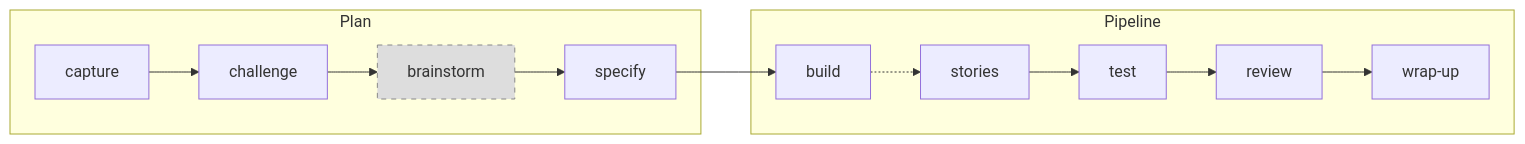
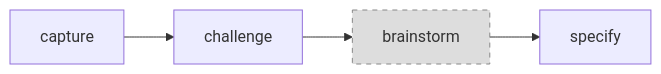
Before and after one commit to thomasholknielsen/claude-tweaks: the first of 3 diagrams in README.md, drawn with Mermaid. The commit also changed other lines of this file, not shown here.

First line of the commit message:
Split workflow into two compact Mermaid diagrams

````diff
--- a/README.md
+++ b/README.md
@@ -57,14 +60,5 @@
 ```mermaid
 graph LR
-  subgraph Plan
-    capture --> challenge --> brainstorm:::sp --> specify
-  end
-
-  subgraph Pipeline
-    build -.-> stories --> test --> review --> wrapup["wrap-up"]
-  end
-
-  specify --> build
-
+  capture --> challenge --> brainstorm:::sp --> specify
   classDef sp fill:#ddd,stroke:#888,stroke-dasharray:5 5
 ```
````
